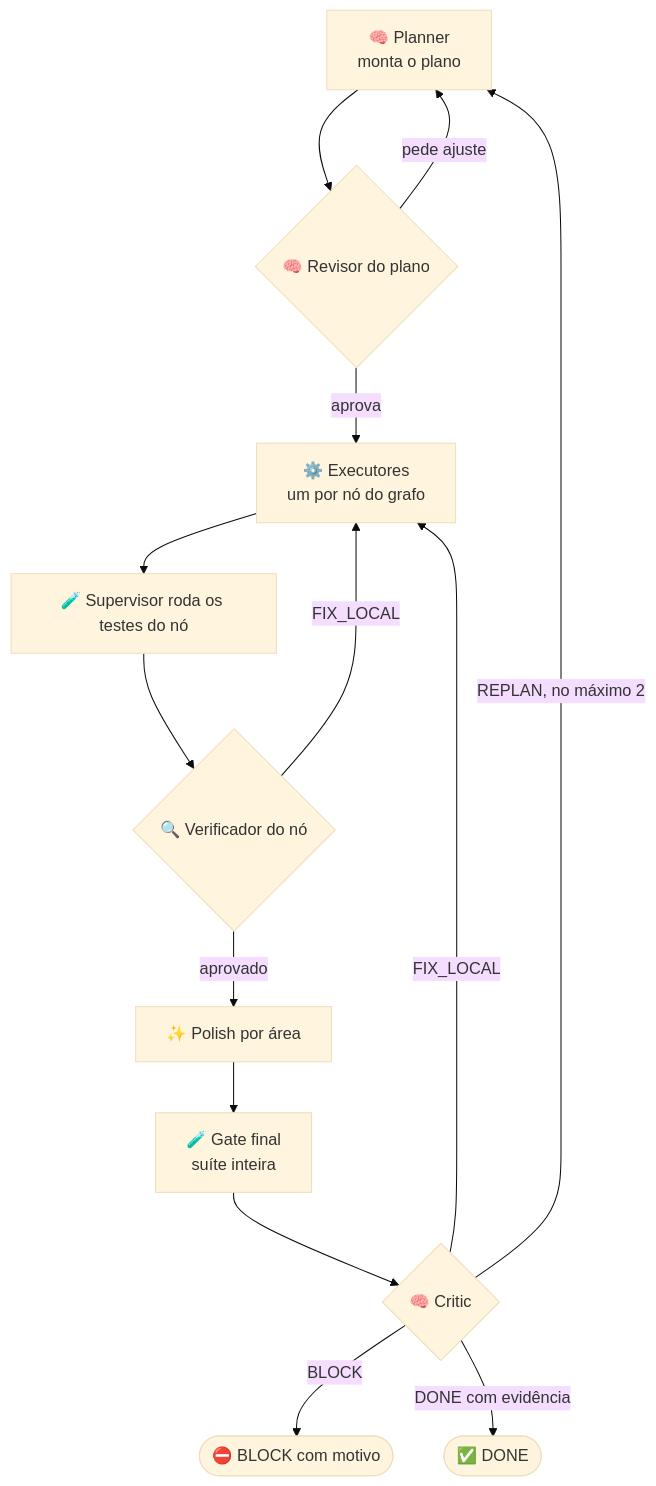
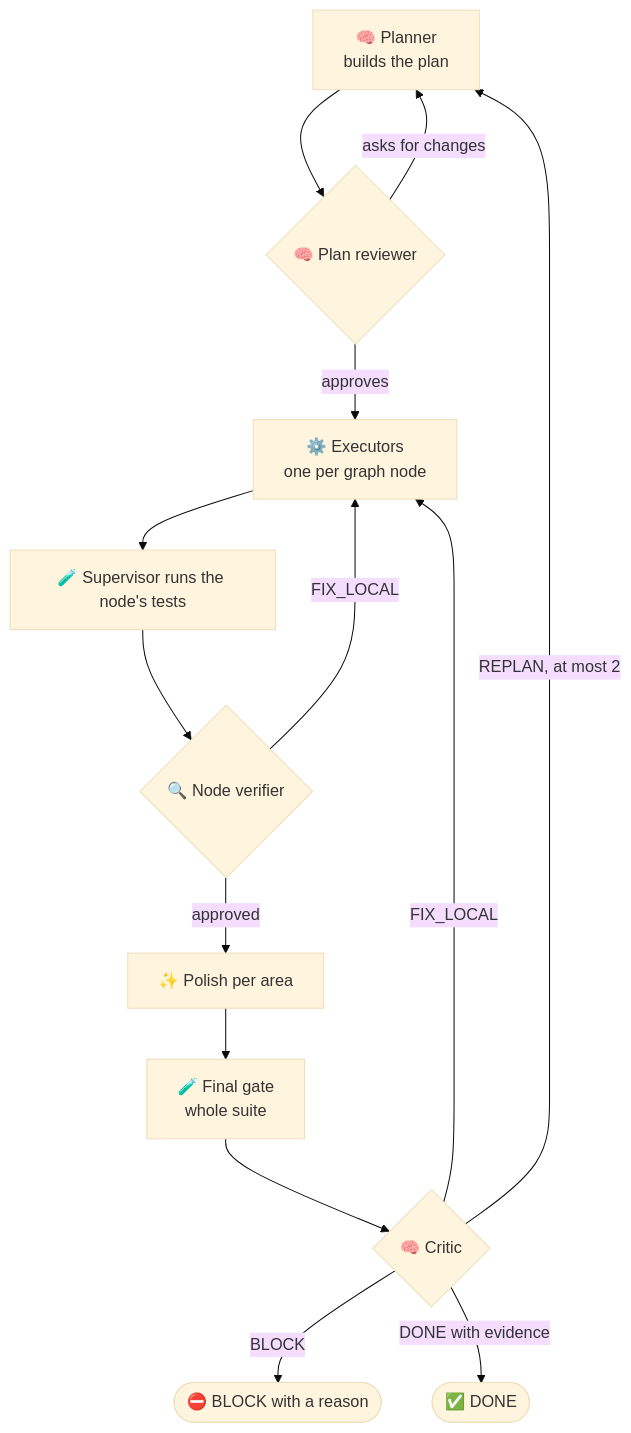
The second of 3 diagrams in README.md (Dougladmo/graph-eng), drawn with Mermaid (base theme) before and after one commit. The commit also changed other lines of this file and 5 other files, not shown here.

````diff
--- a/README.md
+++ b/README.md
@@ -118,16 +118,16 @@
 ```mermaid
 flowchart TD
-  P[🧠 Planner<br/>monta o plano] --> R{🧠 Revisor do plano}
-  R -- pede ajuste --> P
-  R -- aprova --> W[⚙️ Executores<br/>um por nó do grafo]
-  W --> C[🧪 Supervisor roda os testes do nó]
-  C --> V{🔍 Verificador do nó}
+  P[🧠 Planner<br/>builds the plan] --> R{🧠 Plan reviewer}
+  R -- asks for changes --> P
+  R -- approves --> W[⚙️ Executors<br/>one per graph node]
+  W --> C[🧪 Supervisor runs the node's tests]
+  C --> V{🔍 Node verifier}
   V -- FIX_LOCAL --> W
-  V -- aprovado --> PO[✨ Polish por área]
-  PO --> G[🧪 Gate final<br/>suíte inteira]
+  V -- approved --> PO[✨ Polish per area]
+  PO --> G[🧪 Final gate<br/>whole suite]
   G --> K{🧠 Critic}
   K -- FIX_LOCAL --> W
-  K -- REPLAN, no máximo 2 --> P
-  K -- BLOCK --> B([⛔ BLOCK com motivo])
-  K -- DONE com evidência --> D([✅ DONE])
+  K -- REPLAN, at most 2 --> P
+  K -- BLOCK --> B([⛔ BLOCK with a reason])
+  K -- DONE with evidence --> D([✅ DONE])
 ```
````
